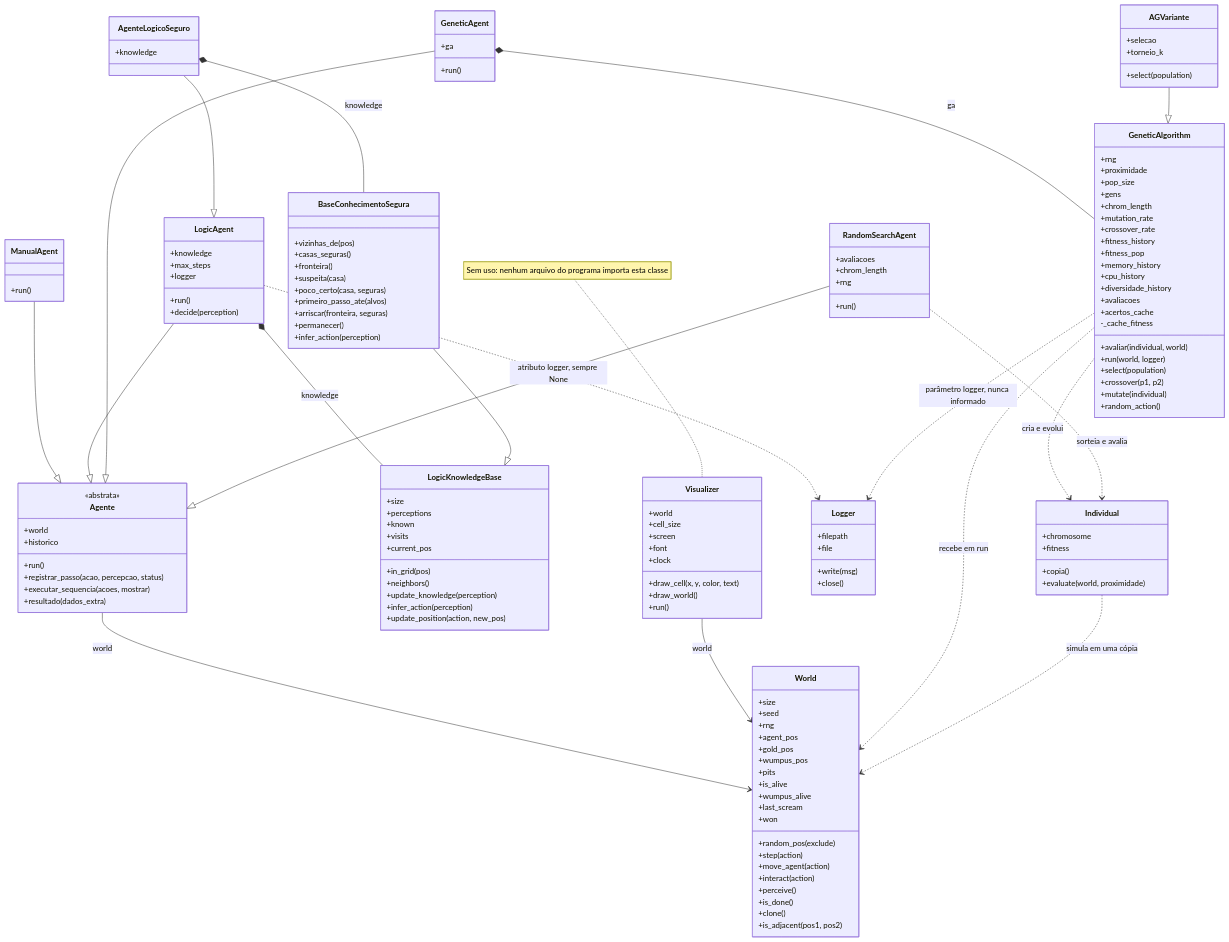
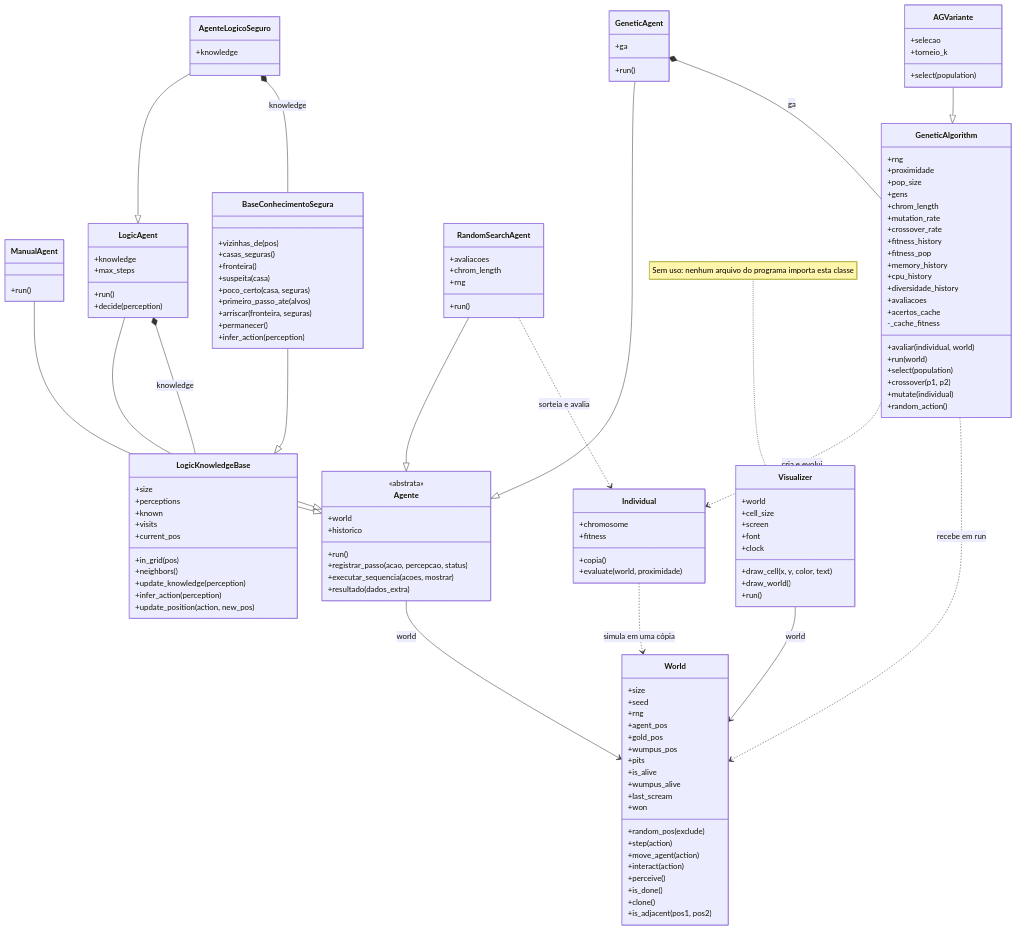
The diagram in docs/arquitetura/classes.md (ingrid-kiki/wumpus_world_modular), drawn with Mermaid before and after one commit. The commit also changed other lines of this file and 23 other files, not shown here.

````diff
--- a/docs/arquitetura/classes.md
+++ b/docs/arquitetura/classes.md
@@ -44,7 +44,6 @@
     class LogicAgent {
         +knowledge
         +max_steps
-        +logger
         +run()
         +decide(perception)
     }
@@ -107,7 +106,7 @@
         +acertos_cache
         -_cache_fitness
         +avaliar(individual, world)
-        +run(world, logger)
+        +run(world)
         +select(population)
         +crossover(p1, p2)
         +mutate(individual)
@@ -125,13 +124,6 @@
         +fitness
         +copia()
         +evaluate(world, proximidade)
-    }
-
-    class Logger {
-        +filepath
-        +file
-        +write(msg)
-        +close()
     }
 
     class Visualizer {
@@ -164,8 +156,6 @@
     GeneticAlgorithm ..> World : recebe em run
     Individual ..> World : simula em uma cópia
 
-    LogicAgent ..> Logger : atributo logger, sempre None
-    GeneticAlgorithm ..> Logger : parâmetro logger, nunca informado
 
     note for Visualizer "Sem uso: nenhum arquivo do programa importa esta classe"
 ```
````
